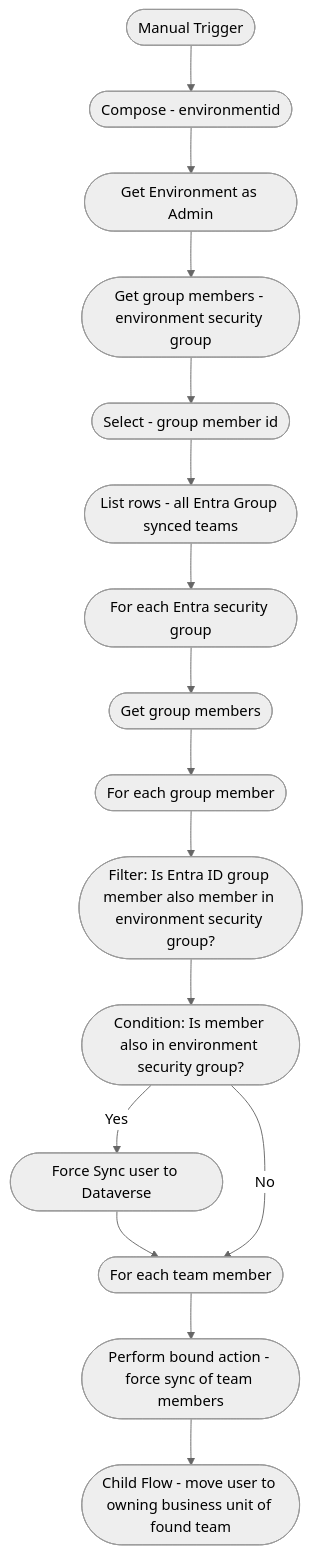
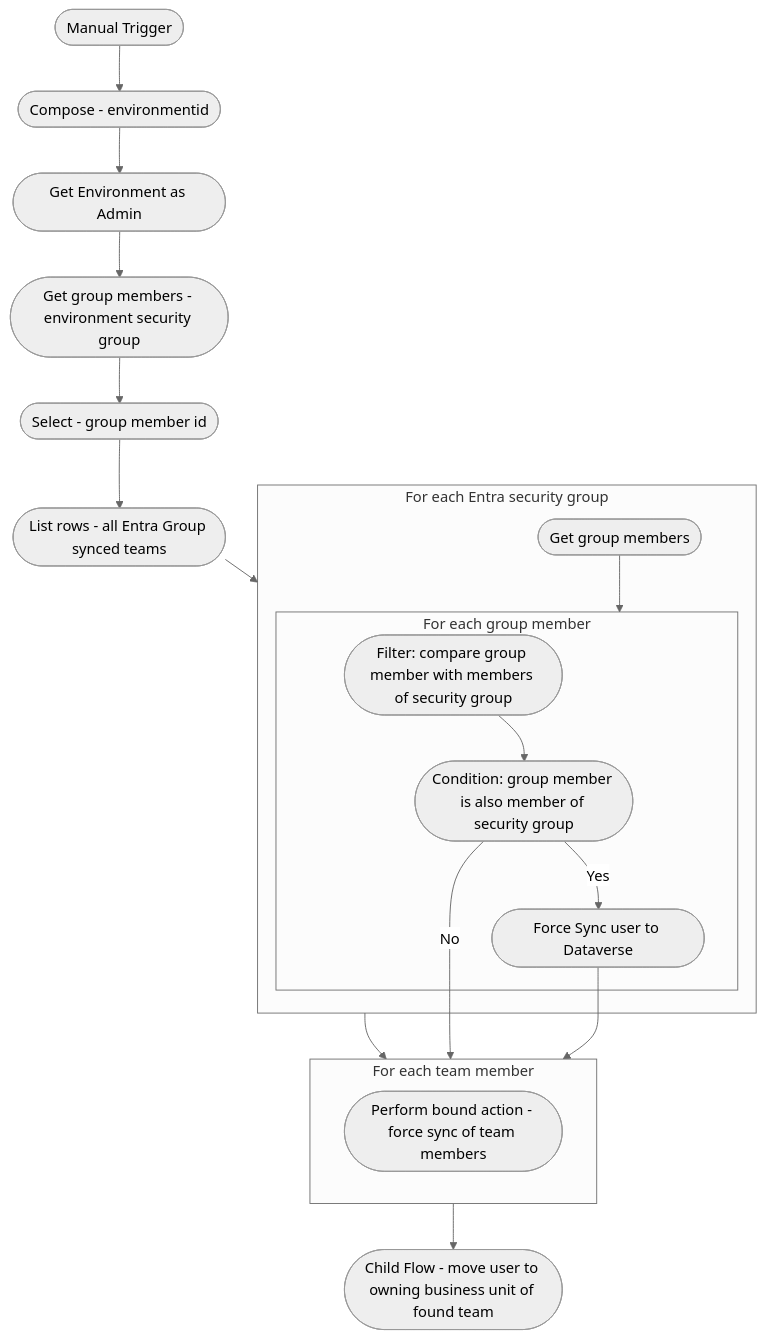
Before and after one commit to Lars-Level21/pp-artefacts: the second of 3 diagrams in ForceSync/readme.md, drawn with Mermaid (neutral theme). The commit also changed other lines of this file, not shown here.

Commit message:
mermaids updated

````diff
--- a/ForceSync/readme.md
+++ b/ForceSync/readme.md
@@ -53,36 +54,39 @@
 ```mermaid
-
 flowchart TD
     A([Manual Trigger])
     B([Compose - environmentid])
     C([Get Environment as Admin])
     D([Get group members - environment security group])
     E([Select - group member id])
     F([List rows - all Entra Group synced teams])
-    G([For each Entra security group ])
-    H([Get group members])
-    I([For each group member])
-    J([Filter: Is Entra ID group member also member in environment security group?])
-    K([Condition: Is member also in environment security group?])
-    L([Force Sync user to Dataverse])
-    M([For each team member])
-    N([Perform bound action - force sync of team members])
+
+    subgraph ForEachEntraSecurityGroup [For each Entra security group]
+        G([Get group members])
+        subgraph ForEachGroupMember [For each group member]
+            H([Filter: compare group member with members of security group])
+            I([Condition: group member is also member of security group])
+            J([Force Sync user to Dataverse])
+        end
+    end
+
+    subgraph ForEachTeamMember [For each team member]
+        K([Perform bound action - force sync of team members])
+    end
+    
     O([Child Flow - move user to owning business unit of found team])
 
     A --> B
     B --> C
     C --> D
     D --> E
     E --> F
-    F --> G
-    G --> H
+    F --> ForEachEntraSecurityGroup
+    ForEachEntraSecurityGroup --> ForEachTeamMember
+
+    G --> ForEachGroupMember
     H --> I
-    I --> J
-    J --> K
-    K -- Yes --> L
-    L --> M
-    M --> N
-    K -- No --> M
-    N --> O
-
+    I -- Yes --> J
+    I -- No --> ForEachTeamMember
+    J --> ForEachTeamMember
+    ForEachTeamMember --> O
 ```
````
